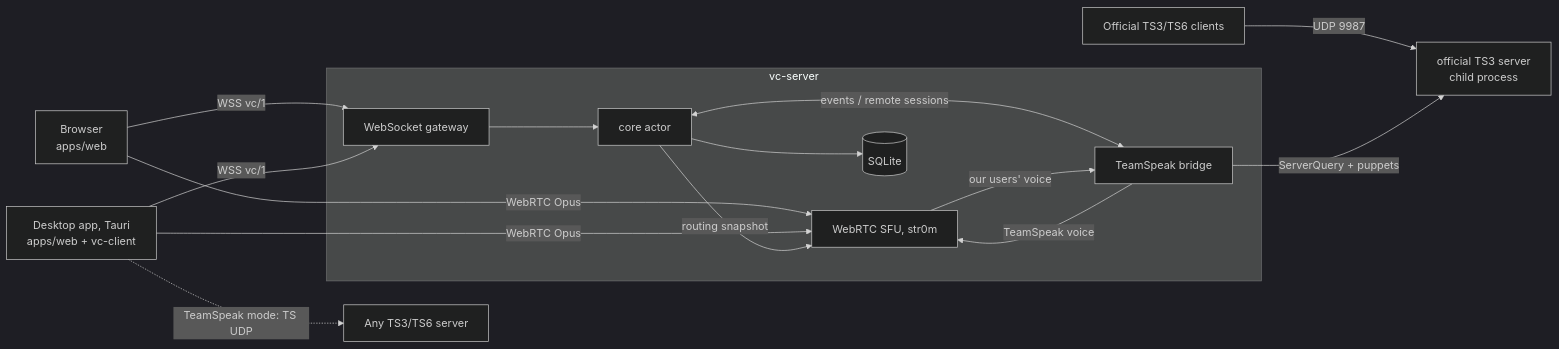
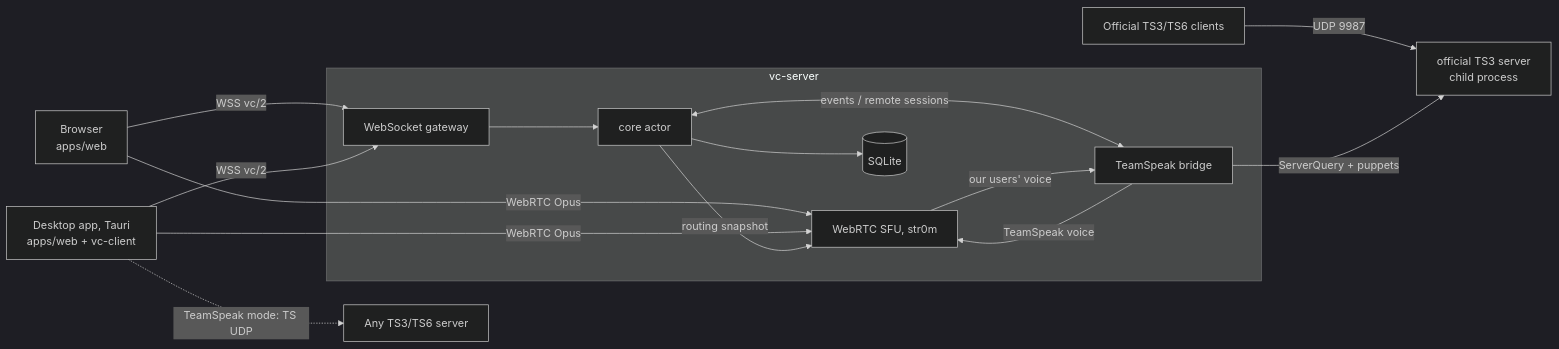
One commit to MaciejWlodarski/gwar changed the diagram in docs/architecture.md. Above: the diagram before and after it, drawn with Mermaid (dark theme). The commit also changed other lines of this file and 5 other files, not shown here.

````diff
--- a/docs/architecture.md
+++ b/docs/architecture.md
@@ -3,19 +3,19 @@
 ```mermaid
 flowchart LR
-  Web[Browser<br/>apps/web] -- WSS vc/1 --> GW
-  Desk[Desktop app, Tauri<br/>apps/web + vc-client] -- WSS vc/1 --> GW
+  Web[Browser<br/>apps/web] -- WSS vc/2 --> GW
+  Desk[Desktop app, Tauri<br/>apps/web + vc-client] -- WSS vc/2 --> GW
   TS3[Official TS3/TS6 clients] -- UDP 9987 --> TSS
   Web -- WebRTC Opus --> SFU
   Desk -- WebRTC Opus --> SFU
   subgraph vc-server [vc-server]
     GW[WebSocket gateway] --> CORE[core actor]
     SFU[WebRTC SFU, str0m]
     CORE -- routing snapshot --> SFU
     CORE <-- events / remote sessions --> BR[TeamSpeak bridge]
     SFU -- our users' voice --> BR
     BR -- TeamSpeak voice --> SFU
     CORE --> DB[(SQLite)]
   end
   BR -- ServerQuery + puppets --> TSS[official TS3 server<br/>child process]
   Desk -. TeamSpeak mode: TS UDP .-> EXT[Any TS3/TS6 server]
 ```
````
